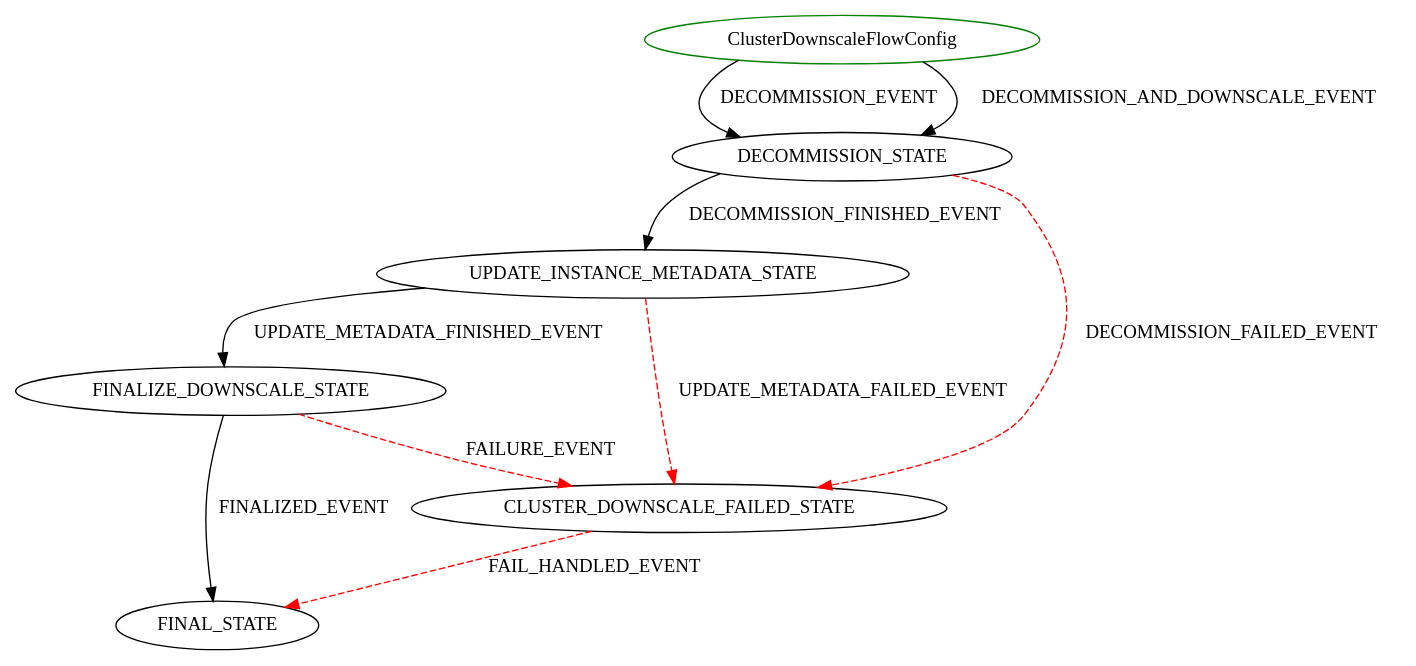
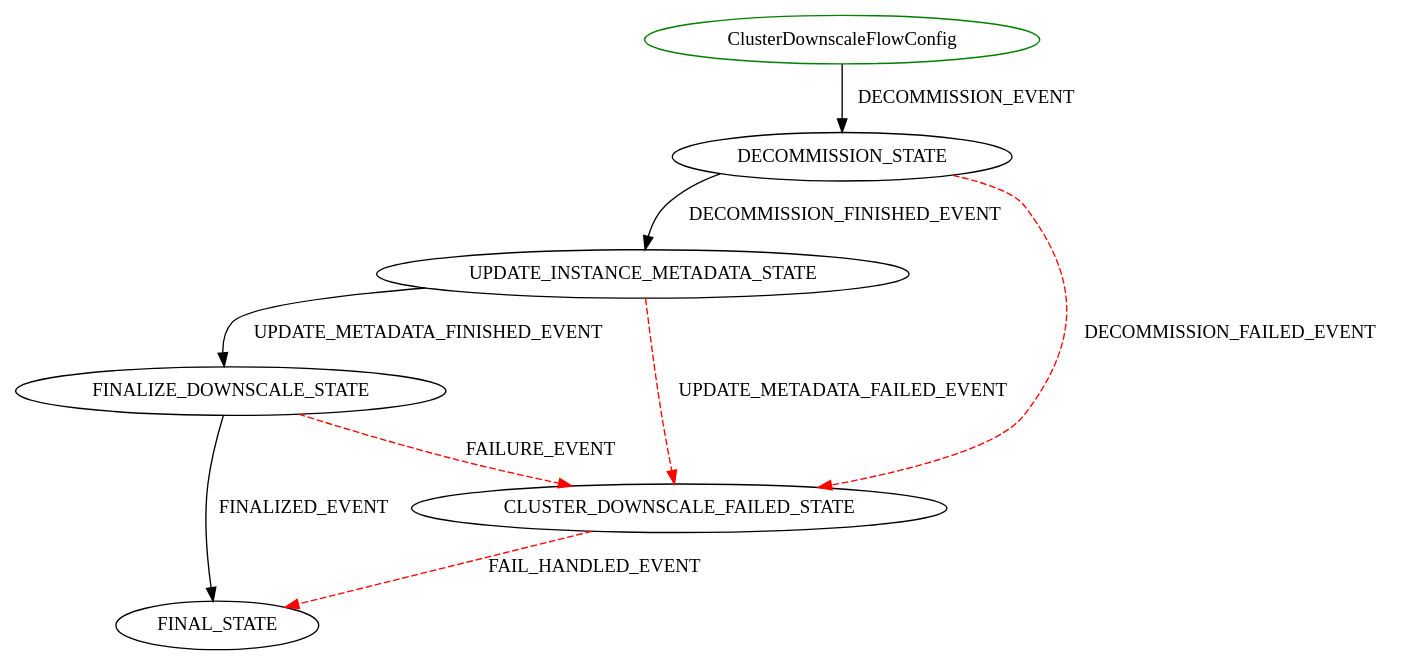
One commit to hortonworks/cloudbreak-docs changed the diagram in latest/diagrams/ClusterDownscaleFlowConfig.dot. Above: the diagram before and after it, drawn with Graphviz. The commit also changed 49 other files, not shown here.

```diff
--- a/latest/diagrams/ClusterDownscaleFlowConfig.dot
+++ b/latest/diagrams/ClusterDownscaleFlowConfig.dot
@@ -1,12 +1,11 @@
 digraph {
 INIT_STATE [label="ClusterDownscaleFlowConfig" shape=ellipse color=green];
 INIT_STATE -> DECOMMISSION_STATE [label="DECOMMISSION_EVENT" color=black style=solid];
-INIT_STATE -> DECOMMISSION_STATE [label="DECOMMISSION_AND_DOWNSCALE_EVENT" color=black style=solid];
 DECOMMISSION_STATE -> UPDATE_INSTANCE_METADATA_STATE [label="DECOMMISSION_FINISHED_EVENT" color=black style=solid];
 DECOMMISSION_STATE -> CLUSTER_DOWNSCALE_FAILED_STATE [label="DECOMMISSION_FAILED_EVENT" color=red style=dashed];
 CLUSTER_DOWNSCALE_FAILED_STATE -> FINAL_STATE [label="FAIL_HANDLED_EVENT" color=red style=dashed];
 UPDATE_INSTANCE_METADATA_STATE -> FINALIZE_DOWNSCALE_STATE [label="UPDATE_METADATA_FINISHED_EVENT" color=black style=solid];
 UPDATE_INSTANCE_METADATA_STATE -> CLUSTER_DOWNSCALE_FAILED_STATE [label="UPDATE_METADATA_FAILED_EVENT" color=red style=dashed];
 FINALIZE_DOWNSCALE_STATE -> FINAL_STATE [label="FINALIZED_EVENT" color=black style=solid];
 FINALIZE_DOWNSCALE_STATE -> CLUSTER_DOWNSCALE_FAILED_STATE [label="FAILURE_EVENT" color=red style=dashed];
 }
```
